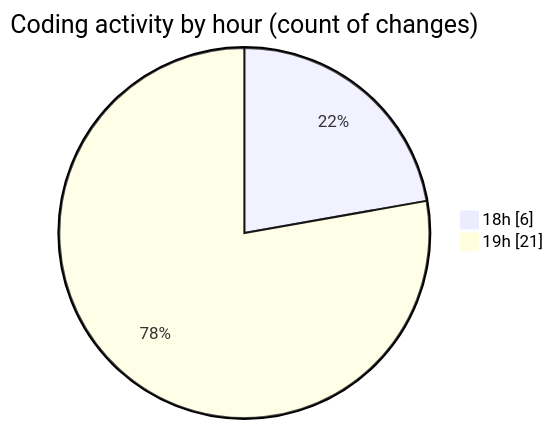
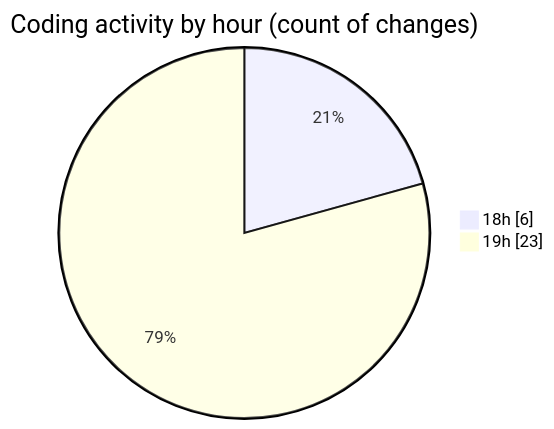
One commit to Netris89/code-tracking changed the second of 2 diagrams in 2025-04-23/back-end/README.md. Above: the diagram before and after it, drawn with Mermaid. The commit also changed other lines of this file and 1 other file, not shown here.

````diff
--- a/2025-04-23/back-end/README.md
+++ b/2025-04-23/back-end/README.md
@@ -30,6 +30,6 @@
 ```mermaid
 pie showData
 title Coding activity by hour (count of changes)
 "18h" : 6
-"19h" : 21
+"19h" : 23
 ```
````
